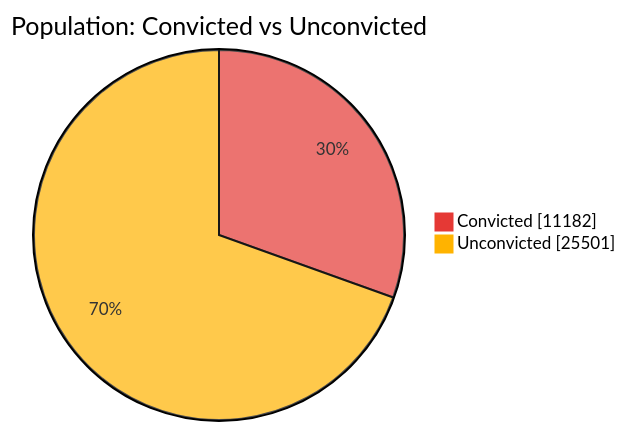
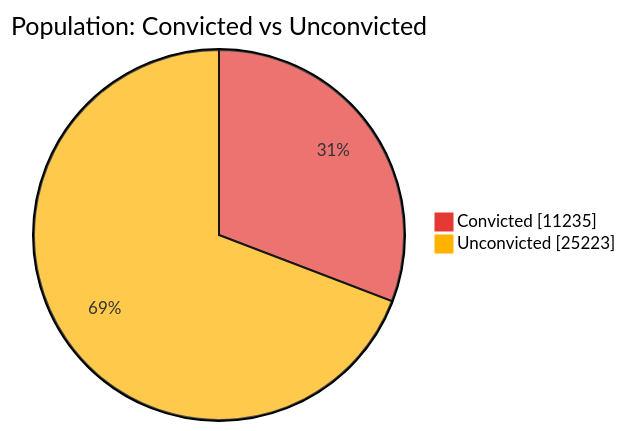
Before and after one commit to nuuuwan/lk_prisons: the first of 7 diagrams in README.md, drawn with Mermaid. The commit also changed other lines of this file and 1 other file, not shown here.

````diff
--- a/README.md
+++ b/README.md
@@ -43,6 +43,6 @@
 ```mermaid
 %%{init: {'themeVariables': {'pie1': '#E53935', 'pie2': '#FFB300'}}}%%
 pie showData title Population: Convicted vs Unconvicted
-    "Convicted" : 11182
-    "Unconvicted" : 25501
+    "Convicted" : 11235
+    "Unconvicted" : 25223
 ```
````
